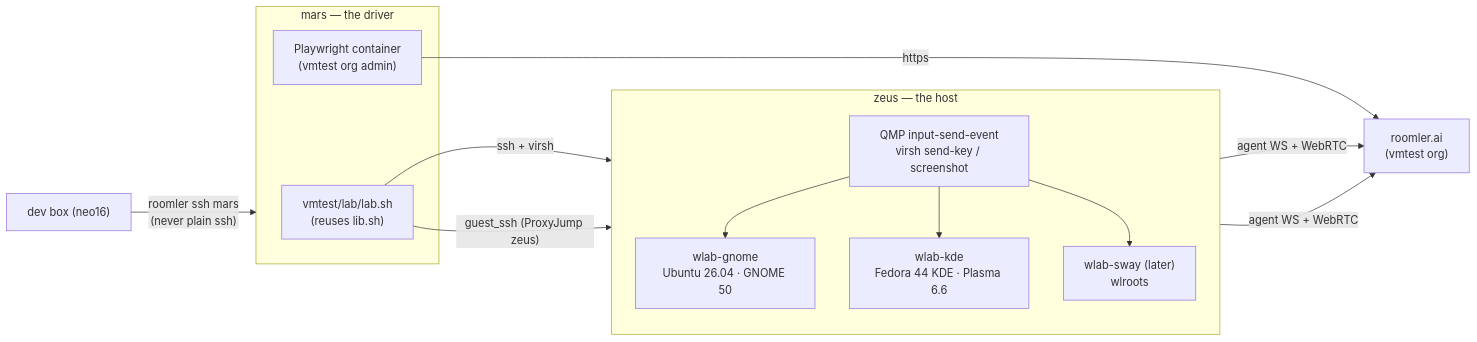
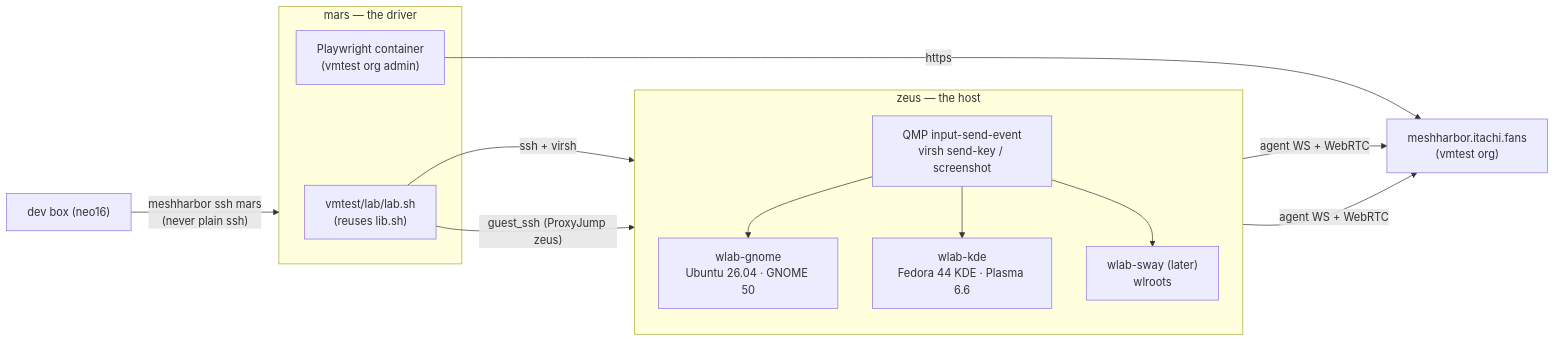
One commit to jk-zhang-meta/MeshHarbor changed the first of 3 diagrams in docs/fr/FR-93-wayland-out-of-the-box.md. Above: the diagram before and after it, drawn with Mermaid. The commit also changed other lines of this file and 682 other files, not shown here.

````diff
--- a/docs/fr/FR-93-wayland-out-of-the-box.md
+++ b/docs/fr/FR-93-wayland-out-of-the-box.md
@@ -176,20 +176,20 @@
 ```mermaid
 flowchart LR
-    DEV["dev box (neo16)"] -- "roomler ssh mars<br/>(never plain ssh)" --> MARS
+    DEV["dev box (neo16)"] -- "meshharbor ssh mars<br/>(never plain ssh)" --> MARS
     subgraph MARS["mars — the driver"]
         LAB["vmtest/lab/lab.sh<br/>(reuses lib.sh)"]
         PW["Playwright container<br/>(vmtest org admin)"]
     end
     subgraph ZEUS["zeus — the host"]
         direction TB
         Q["QMP input-send-event<br/>virsh send-key / screenshot"]
         G1["wlab-gnome<br/>Ubuntu 26.04 · GNOME 50"]
         G2["wlab-kde<br/>Fedora 44 KDE · Plasma 6.6"]
         G3["wlab-sway (later)<br/>wlroots"]
         Q --> G1 & G2 & G3
     end
     LAB -- "ssh + virsh" --> Q
     LAB -- "guest_ssh (ProxyJump zeus)" --> G1
-    PW -- "https" --> PROD["roomler.ai<br/>(vmtest org)"]
+    PW -- "https" --> PROD["meshharbor.itachi.fans<br/>(vmtest org)"]
     G1 & G2 -- "agent WS + WebRTC" --> PROD
 ```
````
